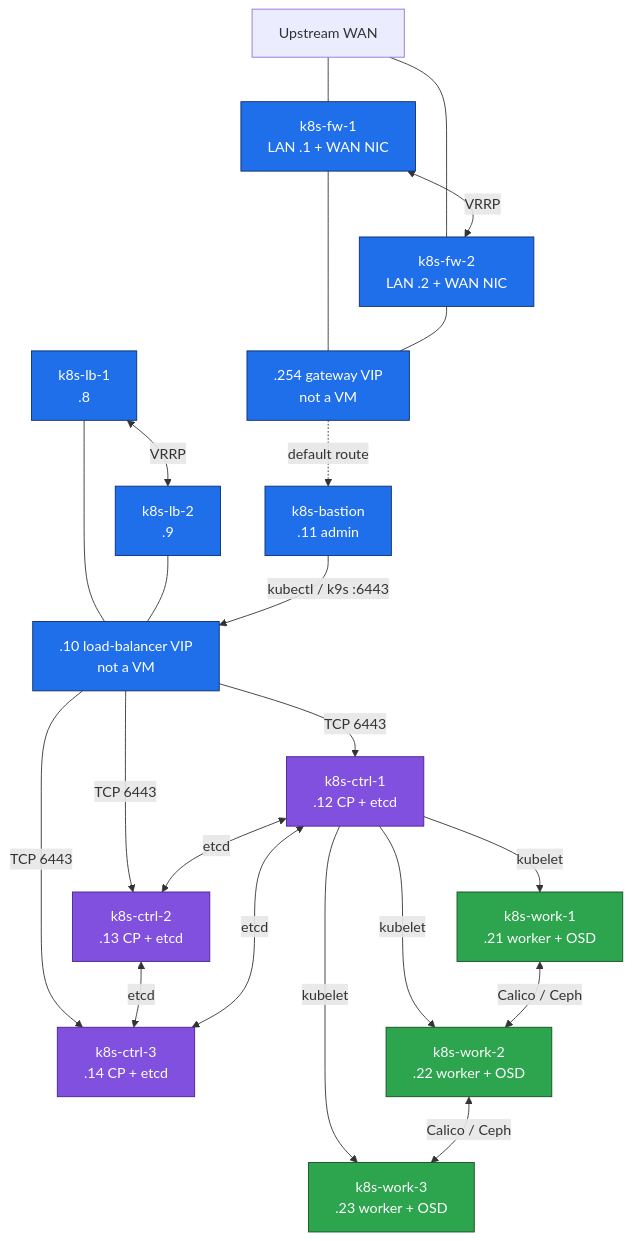
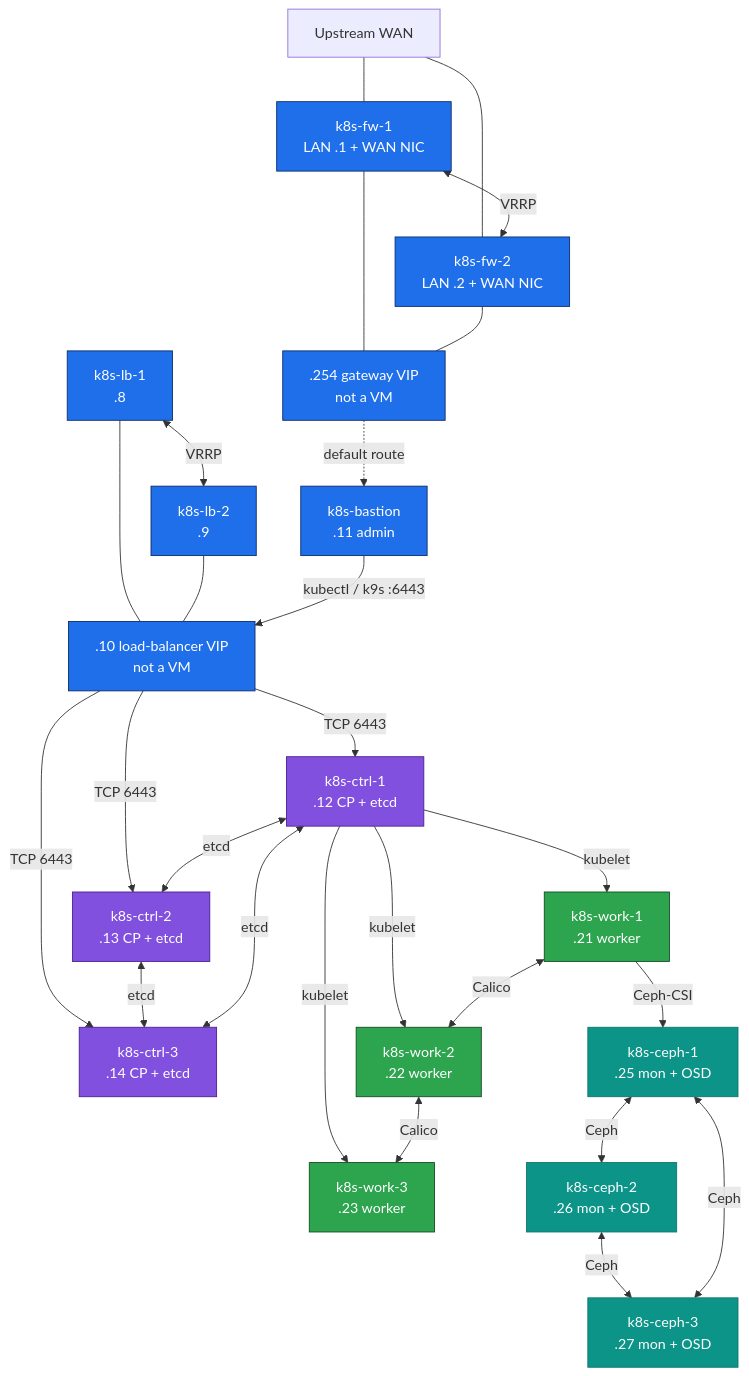
Before and after one commit to bahman-farhadian/kubernetes-lab: the second of 2 diagrams in 01-inventory.md, drawn with Mermaid. The commit also changed other lines of this file and 6 other files, not shown here.

````diff
--- a/01-inventory.md
+++ b/01-inventory.md
@@ -78,52 +79,60 @@
 ```mermaid
 flowchart TB
     WAN["Upstream WAN"]
 
     FW1["k8s-fw-1\nLAN .1 + WAN NIC"]:::bastion
     FW2["k8s-fw-2\nLAN .2 + WAN NIC"]:::bastion
     GW[".254 gateway VIP\nnot a VM"]:::bastion
 
     LB1["k8s-lb-1\n.8"]:::bastion
     LB2["k8s-lb-2\n.9"]:::bastion
     API[".10 load-balancer VIP\nnot a VM"]:::bastion
 
     BAST["k8s-bastion\n.11 admin"]:::bastion
 
     C1["k8s-ctrl-1\n.12 CP + etcd"]:::controlPlane
     C2["k8s-ctrl-2\n.13 CP + etcd"]:::controlPlane
     C3["k8s-ctrl-3\n.14 CP + etcd"]:::controlPlane
 
-    W1["k8s-work-1\n.21 worker + OSD"]:::worker
-    W2["k8s-work-2\n.22 worker + OSD"]:::worker
-    W3["k8s-work-3\n.23 worker + OSD"]:::worker
+    W1["k8s-work-1\n.21 worker"]:::worker
+    W2["k8s-work-2\n.22 worker"]:::worker
+    W3["k8s-work-3\n.23 worker"]:::worker
+
+    S1["k8s-ceph-1\n.25 mon + OSD"]:::storage
+    S2["k8s-ceph-2\n.26 mon + OSD"]:::storage
+    S3["k8s-ceph-3\n.27 mon + OSD"]:::storage
 
     WAN --- FW1
     WAN --- FW2
     FW1 <-->|"VRRP"| FW2
     FW1 --- GW
     FW2 --- GW
     GW -.->|"default route"| BAST
 
     LB1 <-->|"VRRP"| LB2
     LB1 --- API
     LB2 --- API
     API -->|"TCP 6443"| C1
     API -->|"TCP 6443"| C2
     API -->|"TCP 6443"| C3
     BAST -->|"kubectl / k9s :6443"| API
 
     C1 <-->|"etcd"| C2
     C2 <-->|"etcd"| C3
     C3 <-->|"etcd"| C1
     C1 -->|"kubelet"| W1
     C1 -->|"kubelet"| W2
     C1 -->|"kubelet"| W3
-    W1 <-->|"Calico / Ceph"| W2
-    W2 <-->|"Calico / Ceph"| W3
+    W1 <-->|"Calico"| W2
+    W2 <-->|"Calico"| W3
+    W1 -->|"Ceph-CSI"| S1
+    S1 <-->|"Ceph"| S2
+    S2 <-->|"Ceph"| S3
+    S3 <-->|"Ceph"| S1
 
     classDef bastion fill:#1f6feb,stroke:#0c2d6b,color:#ffffff
     classDef controlPlane fill:#8250df,stroke:#4b1f91,color:#ffffff
     classDef etcd fill:#d29922,stroke:#7d5c05,color:#1a1a1a
     classDef worker fill:#2da44e,stroke:#164c24,color:#ffffff
     classDef storage fill:#0d9488,stroke:#0f766e,color:#ffffff
 ```
````
